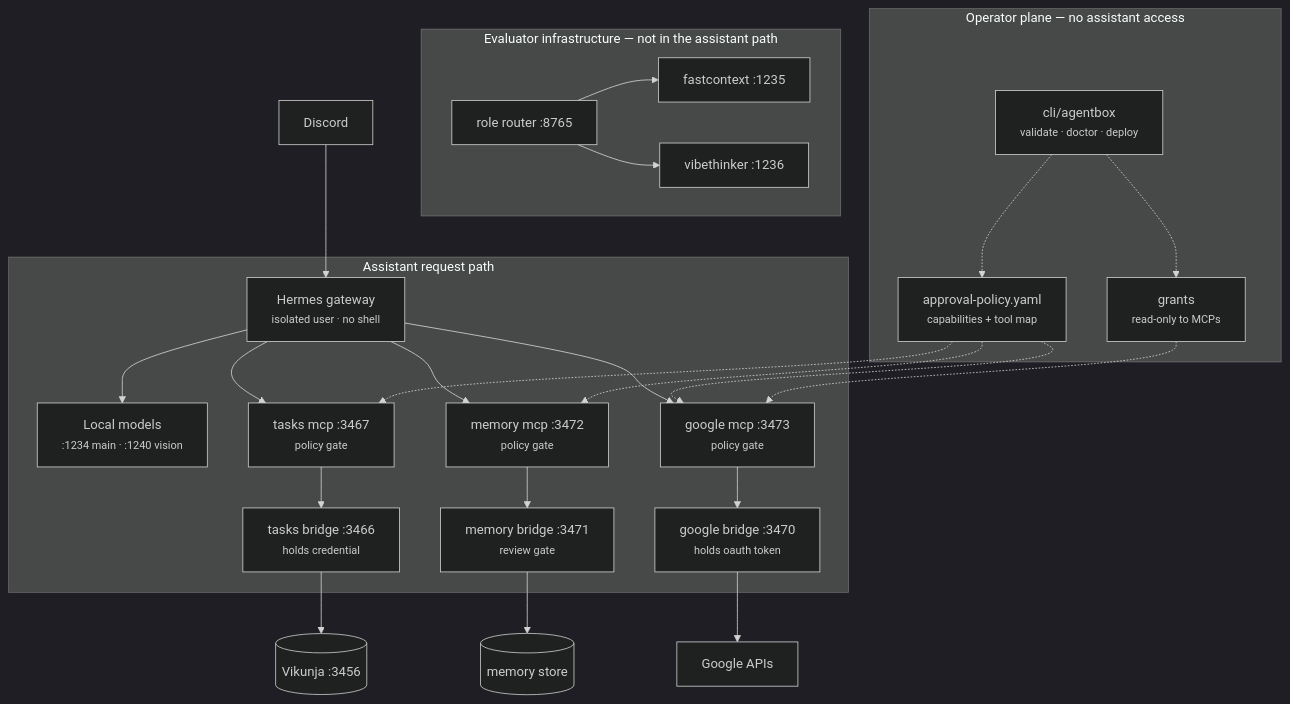
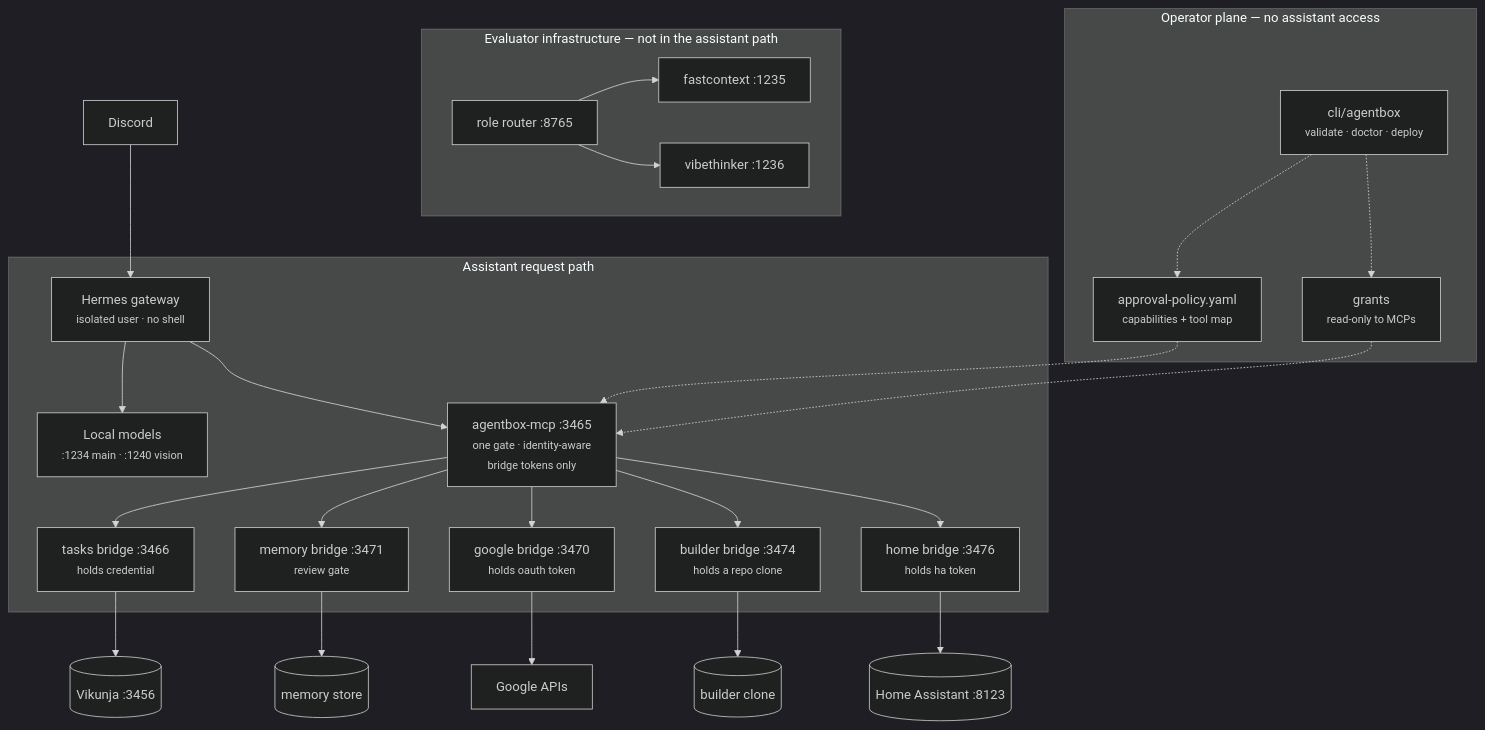
Before and after one commit to fstubner/agentbox: the diagram in docs/architecture.md, drawn with Mermaid (dark theme). The commit also changed other lines of this file and 41 other files, not shown here.

First line of the commit message:
mcp: one identity-aware gateway in place of five per-service servers

````diff
--- a/docs/architecture.md
+++ b/docs/architecture.md
@@ -7,37 +7,37 @@
 ```mermaid
 flowchart TD
     discord[Discord] --> gw
 
     subgraph assistant[Assistant request path]
         gw["Hermes gateway<br/><small>isolated user · no shell</small>"]
         gw --> models["Local models<br/><small>:1234 main · :1240 vision</small>"]
-        gw --> tmcp["tasks mcp :3467<br/><small>policy gate</small>"]
-        gw --> mmcp["memory mcp :3472<br/><small>policy gate</small>"]
-        gw --> gmcp["google mcp :3473<br/><small>policy gate</small>"]
-        tmcp --> tbr["tasks bridge :3466<br/><small>holds credential</small>"]
-        mmcp --> mbr["memory bridge :3471<br/><small>review gate</small>"]
-        gmcp --> gbr["google bridge :3470<br/><small>holds oauth token</small>"]
+        gw --> amcp["agentbox-mcp :3465<br/><small>one gate · identity-aware<br/>bridge tokens only</small>"]
+        amcp --> tbr["tasks bridge :3466<br/><small>holds credential</small>"]
+        amcp --> mbr["memory bridge :3471<br/><small>review gate</small>"]
+        amcp --> gbr["google bridge :3470<br/><small>holds oauth token</small>"]
+        amcp --> bbr["builder bridge :3474<br/><small>holds a repo clone</small>"]
+        amcp --> hbr["home bridge :3476<br/><small>holds ha token</small>"]
     end
 
     tbr --> vik[(Vikunja :3456)]
     mbr --> mem[(memory store)]
     gbr --> goog[Google APIs]
+    bbr --> clone[(builder clone)]
+    hbr --> ha[(Home Assistant :8123)]
 
     subgraph evaluator[Evaluator infrastructure — not in the assistant path]
         router["role router :8765"] --> ctx["fastcontext :1235"]
         router --> rsn["vibethinker :1236"]
     end
 
     subgraph operator[Operator plane — no assistant access]
         cli["cli/agentbox<br/><small>validate · doctor · deploy</small>"]
         pol["approval-policy.yaml<br/><small>capabilities + tool map</small>"]
         grant["grants<br/><small>read-only to MCPs</small>"]
     end
 
     cli -.-> pol
     cli -.-> grant
-    pol -.-> tmcp
-    pol -.-> mmcp
-    pol -.-> gmcp
-    grant -.-> gmcp
+    pol -.-> amcp
+    grant -.-> amcp
 ```
````
